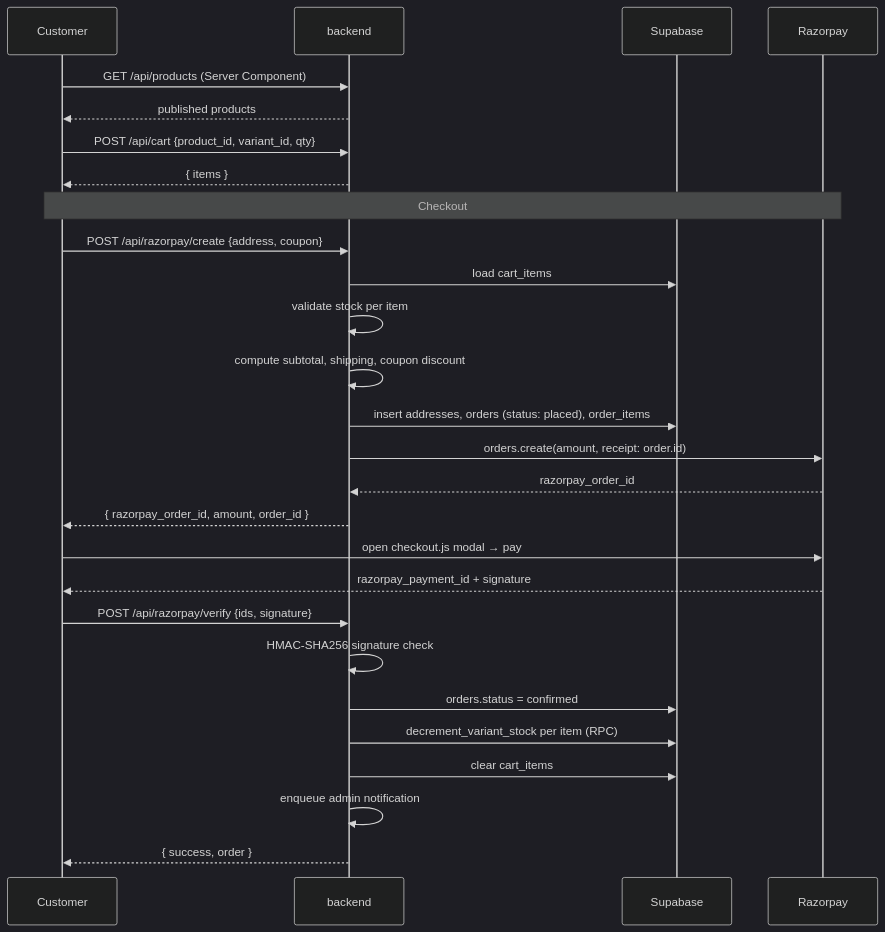
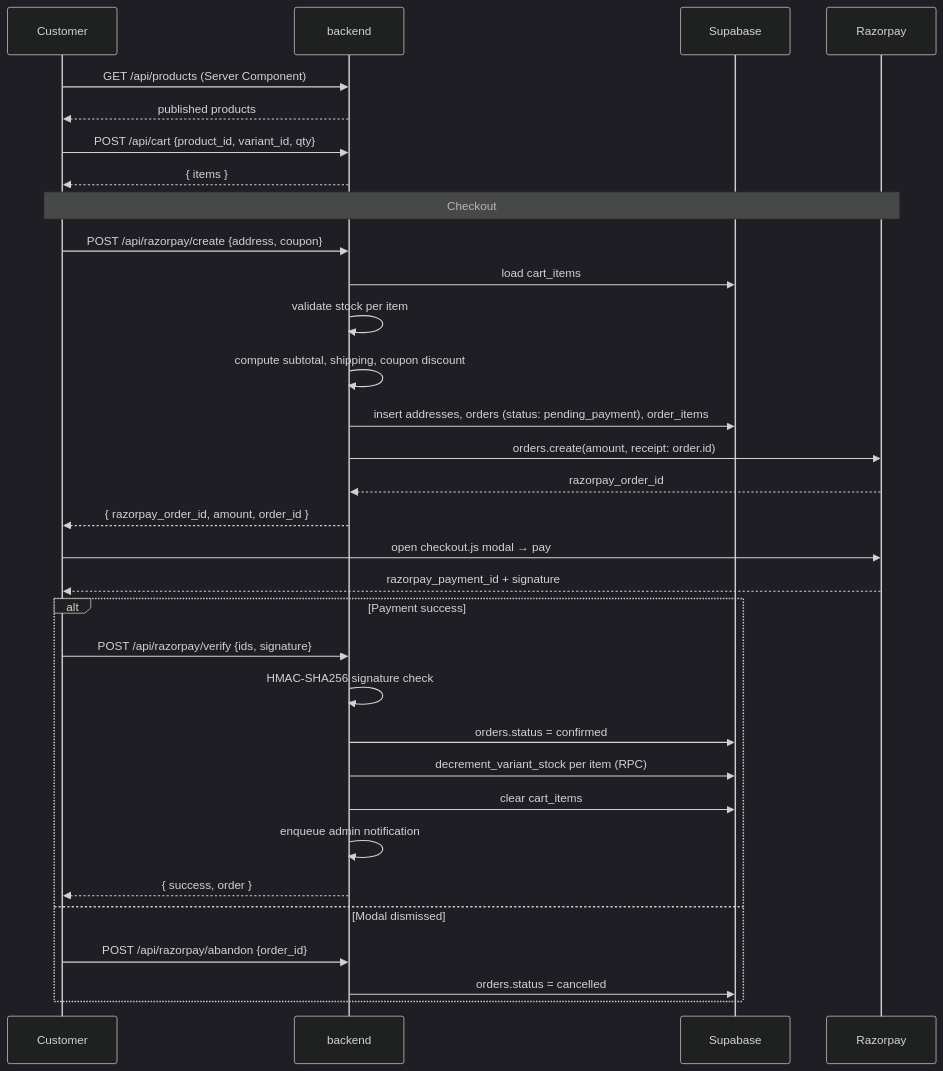
Before and after one commit to hari10031/E-commerce: the third of 9 diagrams in documentation/flows.md, drawn with Mermaid (dark theme). The commit also changed 216 other files, not shown here.

First line of the commit message:
Fix abandoned Razorpay checkouts creating visible orders

````diff
--- a/documentation/flows.md
+++ b/documentation/flows.md
@@ -80,34 +80,39 @@
 ```mermaid
 sequenceDiagram
     participant C as Customer
     participant BE as backend
     participant DB as Supabase
     participant RZP as Razorpay
 
     C->>BE: GET /api/products (Server Component)
     BE-->>C: published products
 
     C->>BE: POST /api/cart {product_id, variant_id, qty}
     BE-->>C: { items }
 
     Note over C,RZP: Checkout
     C->>BE: POST /api/razorpay/create {address, coupon}
     BE->>DB: load cart_items
     BE->>BE: validate stock per item
     BE->>BE: compute subtotal, shipping, coupon discount
-    BE->>DB: insert addresses, orders (status: placed), order_items
+    BE->>DB: insert addresses, orders (status: pending_payment), order_items
     BE->>RZP: orders.create(amount, receipt: order.id)
     RZP-->>BE: razorpay_order_id
     BE-->>C: { razorpay_order_id, amount, order_id }
 
     C->>RZP: open checkout.js modal → pay
     RZP-->>C: razorpay_payment_id + signature
 
-    C->>BE: POST /api/razorpay/verify {ids, signature}
-    BE->>BE: HMAC-SHA256 signature check
-    BE->>DB: orders.status = confirmed
-    BE->>DB: decrement_variant_stock per item (RPC)
-    BE->>DB: clear cart_items
-    BE->>BE: enqueue admin notification
-    BE-->>C: { success, order }
+    alt Payment success
+        C->>BE: POST /api/razorpay/verify {ids, signature}
+        BE->>BE: HMAC-SHA256 signature check
+        BE->>DB: orders.status = confirmed
+        BE->>DB: decrement_variant_stock per item (RPC)
+        BE->>DB: clear cart_items
+        BE->>BE: enqueue admin notification
+        BE-->>C: { success, order }
+    else Modal dismissed
+        C->>BE: POST /api/razorpay/abandon {order_id}
+        BE->>DB: orders.status = cancelled
+    end
 ```
````
